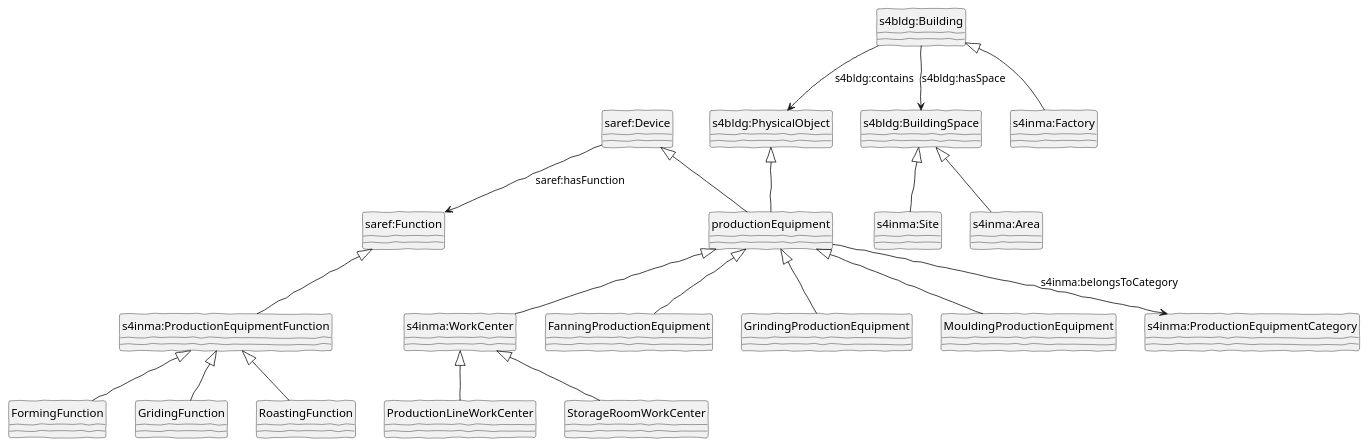
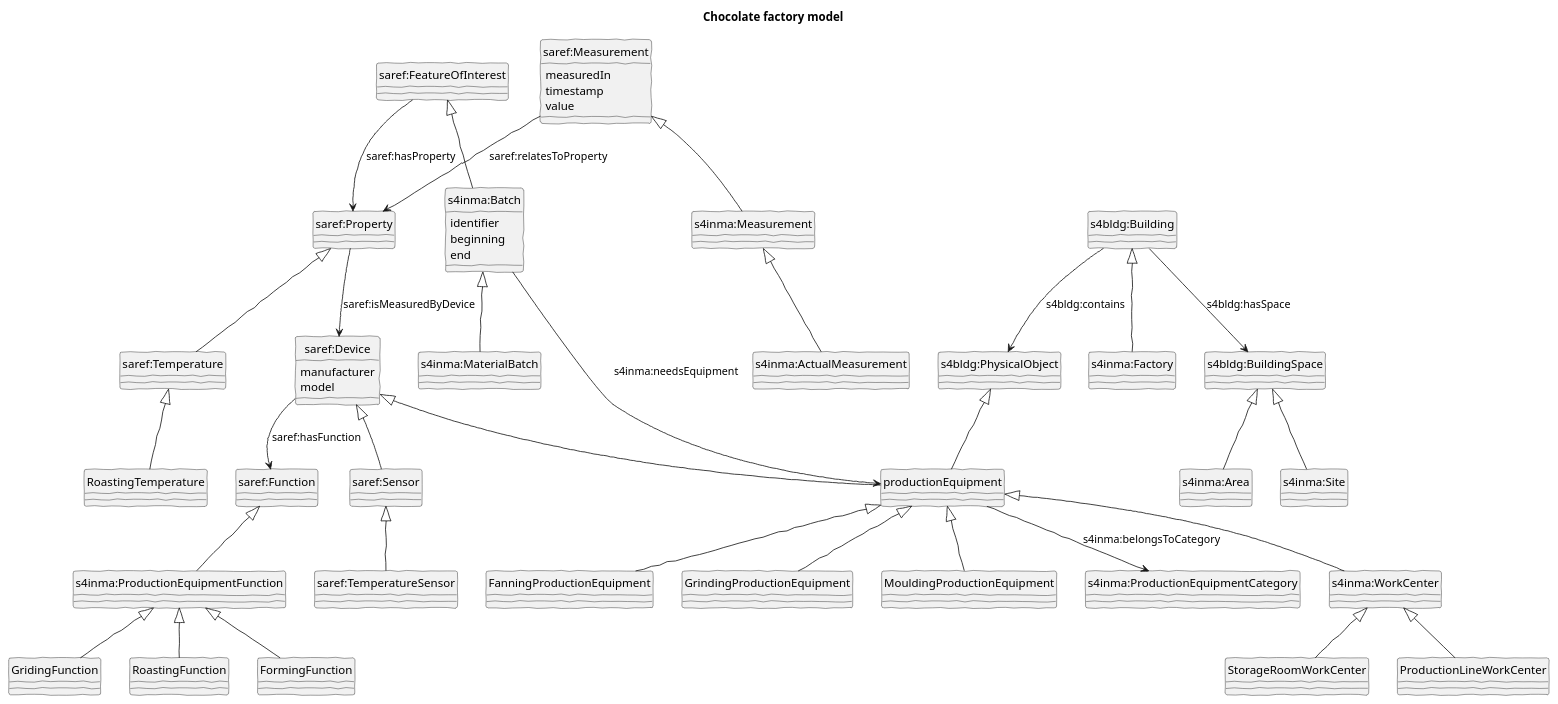
Before and after one commit to sgryphon/iot-demo-build: the diagram in smart-factory/factory-line-twin/twin-model.puml, drawn with PlantUML. The commit also changed 1 other file, not shown here.

Commit message:
Add model elements for measurements

```diff
--- a/smart-factory/factory-line-twin/twin-model.puml
+++ b/smart-factory/factory-line-twin/twin-model.puml
@@ -1,61 +1,101 @@
 @startuml 
+
+title Chocolate factory model
 
 hide circle
 skinparam handwritten true
 skinparam useBetaStyle true
 
 class "s4bldg:PhysicalObject" as physicalObject
 class "s4bldg:BuildingSpace" as space
 class "s4bldg:Building" as building
 
 class "s4inma:Factory" as factory
 building <|-- factory
 building --> space : s4bldg:hasSpace
 
 class "s4inma:Site" as site
 class "s4inma:Area" as area
 space <|-- site
 space <|-- area
 
 building --> physicalObject : s4bldg:contains
 
-class "saref:Device" as device
+class "saref:Device" as device {
+    manufacturer
+    model
+}
 class "saref:Function" as function
 device --> function : saref:hasFunction
+
+class "saref:Sensor" as sensor
+class "saref:TemperatureSensor" as temperatureSensor
+device <|-- sensor
+sensor <|-- temperatureSensor
 
 class "s4inma:WorkCenter" as workCenter
 class "ProductionLineWorkCenter" as line
 class "StorageRoomWorkCenter" as store
 
 physicalObject <|-- productionEquipment
 device <|-- productionEquipment
 productionEquipment <|-- workCenter
 workCenter <|-- line
 workCenter <|-- store
 
 class "s4inma:ProductionEquipment" as productionEquipment
 class "FanningProductionEquipment" as fan
 class "GrindingProductionEquipment" as grinder
 class "MouldingProductionEquipment" as mould
 
 productionEquipment <|-- fan
 productionEquipment <|-- grinder
 productionEquipment <|-- mould
 
 class "s4inma:ProductionEquipmentFunction" as productionEquipmentFunction
 function <|-- productionEquipmentFunction
 
 class "s4inma:ProductionEquipmentCategory" as productionEquipmentCategory
 productionEquipment --> productionEquipmentCategory : s4inma:belongsToCategory
 
 ' actual features of interest (that have measurements) are batches
 
 class FormingFunction
 class GridingFunction
 class RoastingFunction
 
 productionEquipmentFunction <|-- FormingFunction
 productionEquipmentFunction <|-- GridingFunction
 productionEquipmentFunction <|-- RoastingFunction
 
+class "saref:FeatureOfInterest" as feature
+class "s4inma:Batch" as batch {
+    identifier
+    beginning
+    end
+}
+class "s4inma:MaterialBatch" as materialBatch
+feature <|-- batch
+batch <|-- materialBatch
+batch --> productionEquipment : s4inma:needsEquipment
+
+class "saref:Property" as property
+class "saref:Temperature" as temperature
+class "RoastingTemperature" as roastingTemperature
+property <|-- temperature
+temperature <|-- roastingTemperature
+feature --> property : saref:hasProperty
+property --> device : saref:isMeasuredByDevice
+
+class "saref:Measurement" as measurement {
+    measuredIn
+    timestamp
+    value
+}
+class "s4inma:Measurement" as inmaMeasurement
+class "s4inma:ActualMeasurement" as actualMeasurement
+measurement <|-- inmaMeasurement
+inmaMeasurement <|-- actualMeasurement
+measurement --> property : saref:relatesToProperty
+
 @enduml
```
